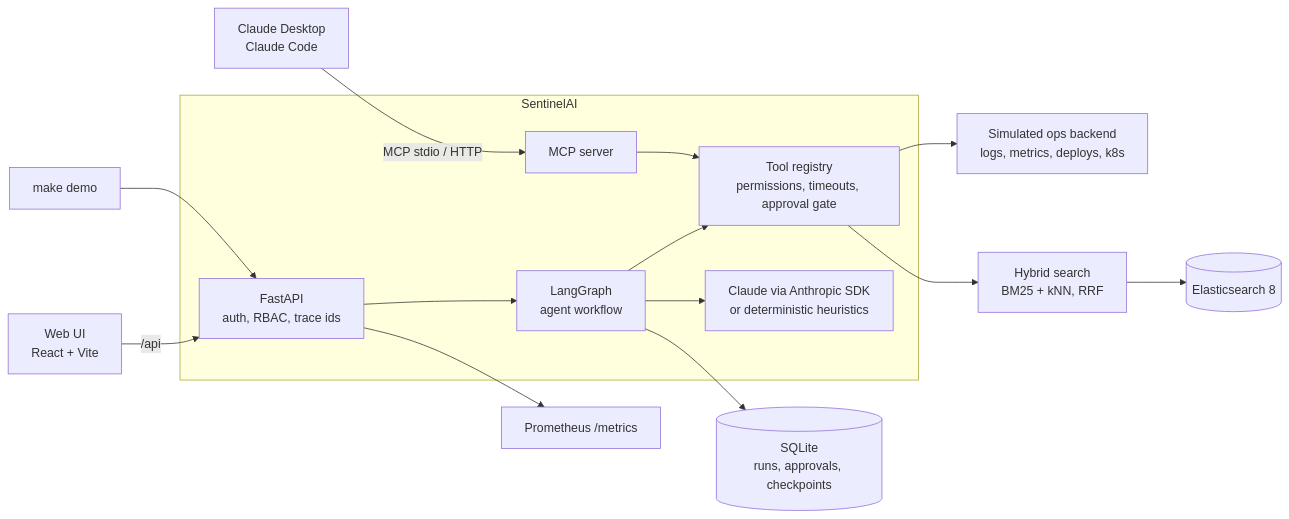
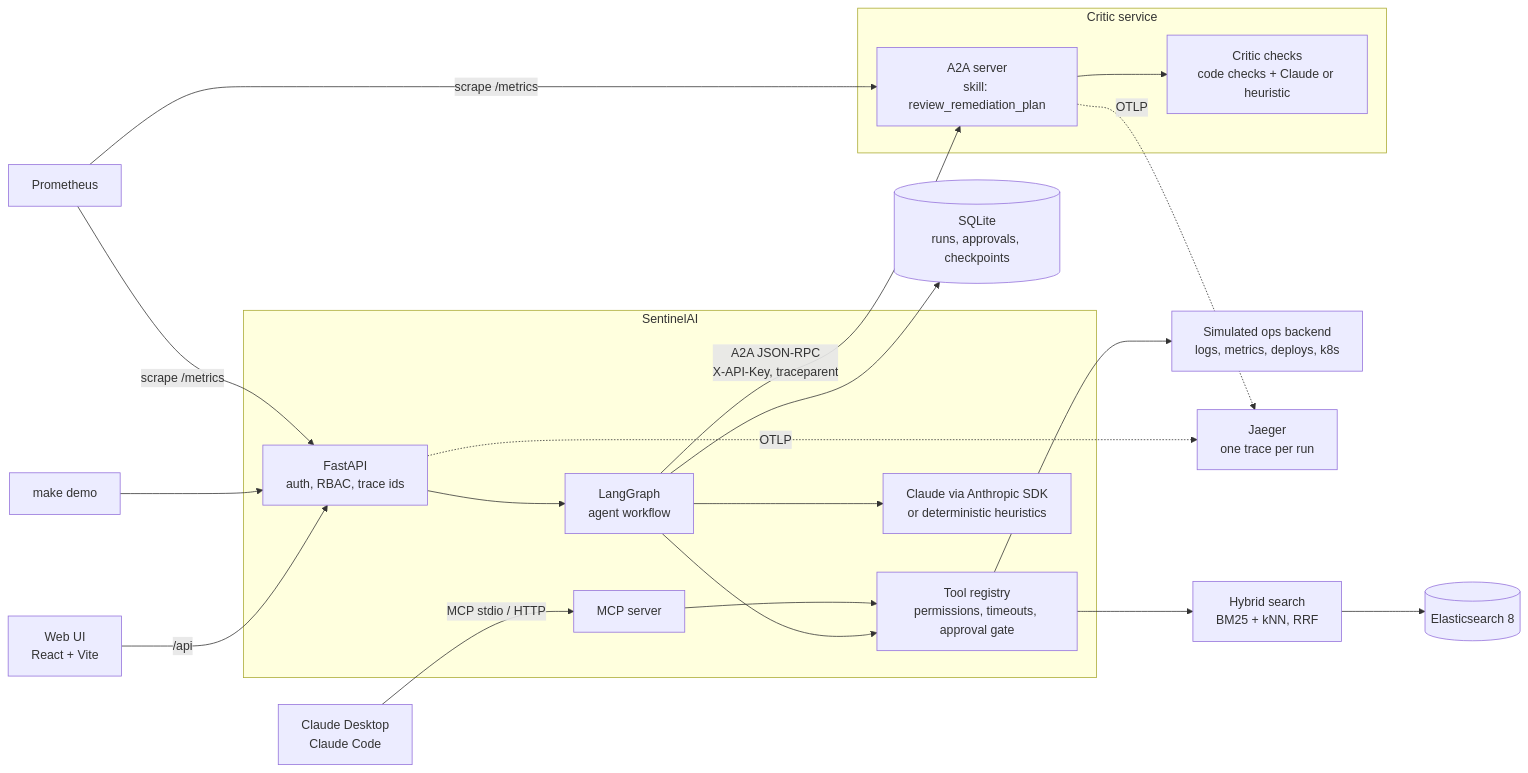
The first of 2 diagrams in README.md (gagan-rohith/Sentinal-AI), drawn with Mermaid before and after one commit. The commit also changed other lines of this file and 12 other files, not shown here.

First line of the commit message:
A2A stage 5: deploy the critic as its own service

````diff
--- a/README.md
+++ b/README.md
@@ -65,19 +65,28 @@
 ```mermaid
 flowchart LR
     UI[Web UI<br/>React + Vite] -->|/api| API
     CLI[make demo] --> API
     MCPC[Claude Desktop<br/>Claude Code] -->|MCP stdio / HTTP| MCP[MCP server]
 
     subgraph Core[SentinelAI]
         API[FastAPI<br/>auth, RBAC, trace ids] --> Graph[LangGraph<br/>agent workflow]
         Graph --> Tools[Tool registry<br/>permissions, timeouts, approval gate]
         MCP --> Tools
         Graph --> LLM[Claude via Anthropic SDK<br/>or deterministic heuristics]
     end
 
+    Graph -->|A2A JSON-RPC<br/>X-API-Key, traceparent| Critic
+
+    subgraph CriticSvc[Critic service]
+        Critic[A2A server<br/>skill: review_remediation_plan] --> Review[Critic checks<br/>code checks + Claude or heuristic]
+    end
+
     Tools --> Ops[Simulated ops backend<br/>logs, metrics, deploys, k8s]
     Tools --> Search[Hybrid search<br/>BM25 + kNN, RRF]
     Search --> ES[(Elasticsearch 8)]
     Graph --> DB[(SQLite<br/>runs, approvals, checkpoints)]
-    API --> Prom[Prometheus /metrics]
+    Prom[Prometheus] -->|scrape /metrics| API
+    Prom -->|scrape /metrics| Critic
+    API -.->|OTLP| Jaeger[Jaeger<br/>one trace per run]
+    Critic -.->|OTLP| Jaeger
 ```
````
